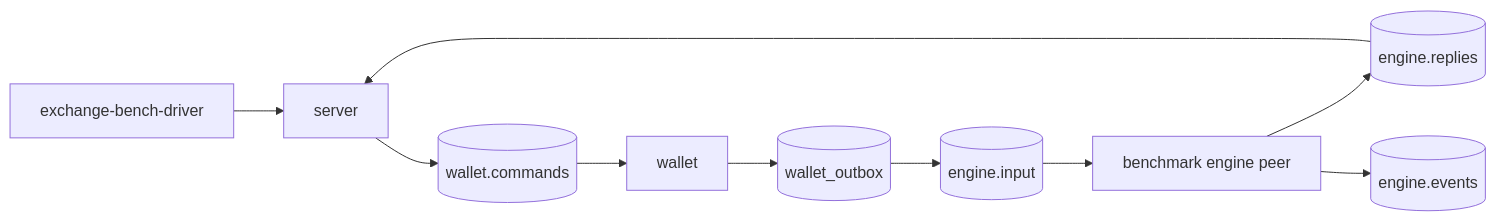
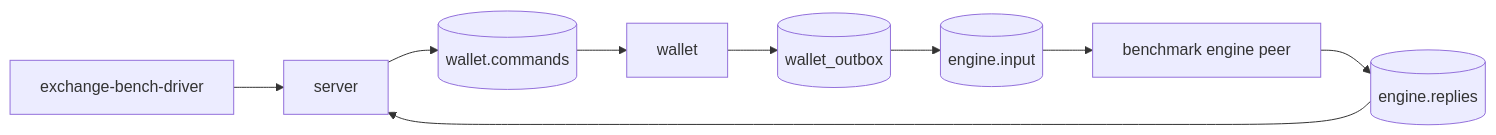
One commit to whoisasx/exchange-server changed the third of 3 diagrams in README.md. Above: the diagram before and after it, drawn with Mermaid. The commit also changed other lines of this file and 3 other files, not shown here.

````diff
--- a/README.md
+++ b/README.md
@@ -207,12 +150,11 @@
 ```mermaid
 flowchart LR
     driver[exchange-bench-driver] --> server[server]
     server --> commands[(wallet.commands)]
     commands --> wallet[wallet]
     wallet --> outbox[(wallet_outbox)]
     outbox --> input[(engine.input)]
     input --> peer[benchmark engine peer]
     peer --> replies[(engine.replies)]
-    peer --> events[(engine.events)]
     replies --> server
 ```
````
